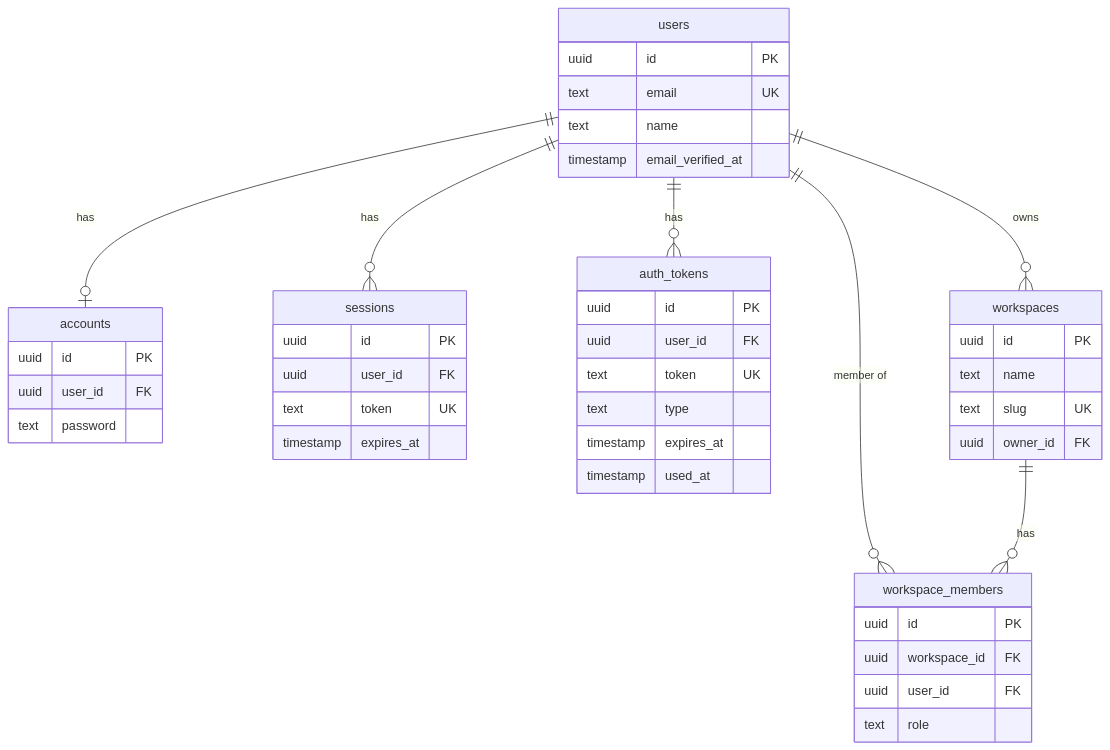
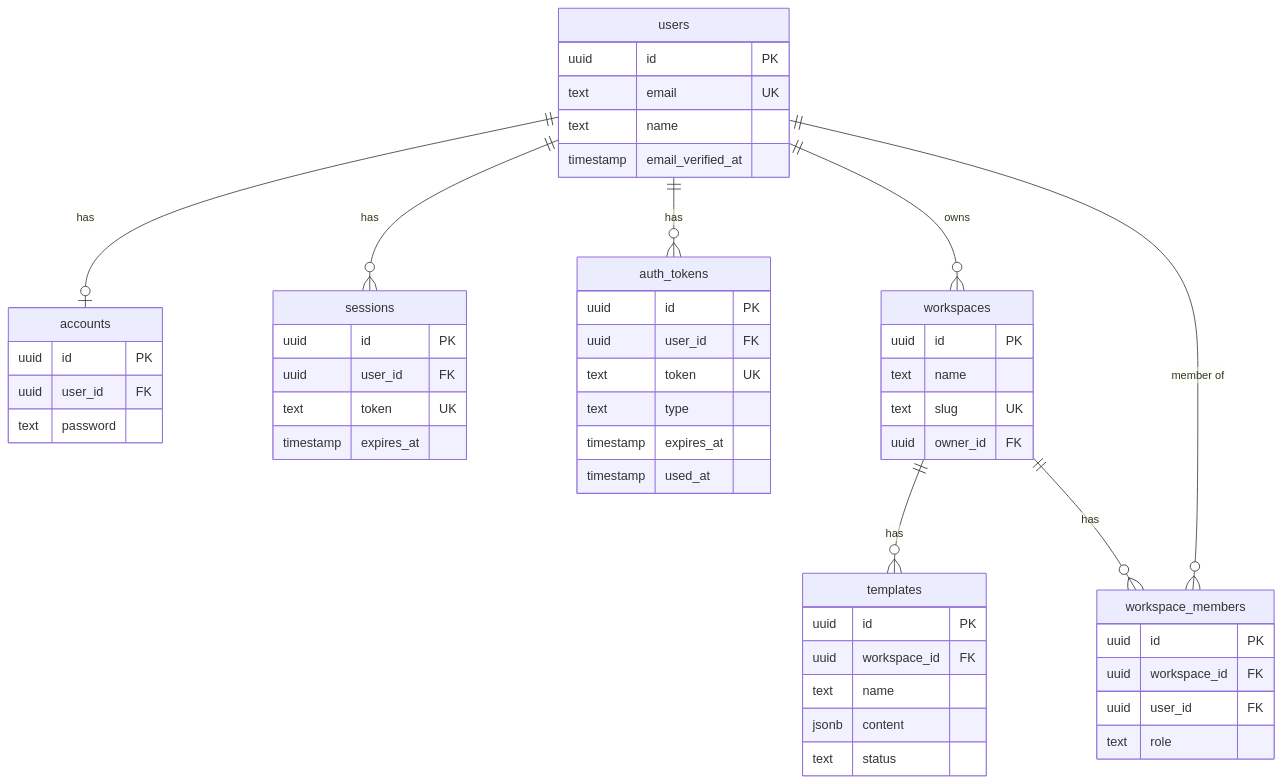
One commit to bohdanchornopolskyi/impact-inbox changed the third of 10 diagrams in docs/architecture-roadmap.md. Above: the diagram before and after it, drawn with Mermaid. The commit also changed other lines of this file and 7 other files, not shown here.

First line of the commit message:
refactor(docs): update architecture and context documentation for organization and workspace model

````diff
--- a/docs/architecture-roadmap.md
+++ b/docs/architecture-roadmap.md
@@ -121,52 +127,61 @@
 ```mermaid
 erDiagram
   users ||--o| accounts : "has"
   users ||--o{ sessions : "has"
   users ||--o{ auth_tokens : "has"
   users ||--o{ workspaces : "owns"
+  workspaces ||--o{ templates : "has"
   users ||--o{ workspace_members : "member of"
   workspaces ||--o{ workspace_members : "has"
 
   users {
     uuid id PK
     text email UK
     text name
     timestamp email_verified_at
   }
 
   accounts {
     uuid id PK
     uuid user_id FK
     text password
   }
 
   sessions {
     uuid id PK
     uuid user_id FK
     text token UK
     timestamp expires_at
   }
 
   auth_tokens {
     uuid id PK
     uuid user_id FK
     text token UK
     text type
     timestamp expires_at
     timestamp used_at
   }
 
   workspaces {
     uuid id PK
     text name
     text slug UK
     uuid owner_id FK
   }
 
   workspace_members {
     uuid id PK
     uuid workspace_id FK
     uuid user_id FK
     text role
   }
+
+  templates {
+    uuid id PK
+    uuid workspace_id FK
+    text name
+    jsonb content
+    text status
+  }
 ```
````
